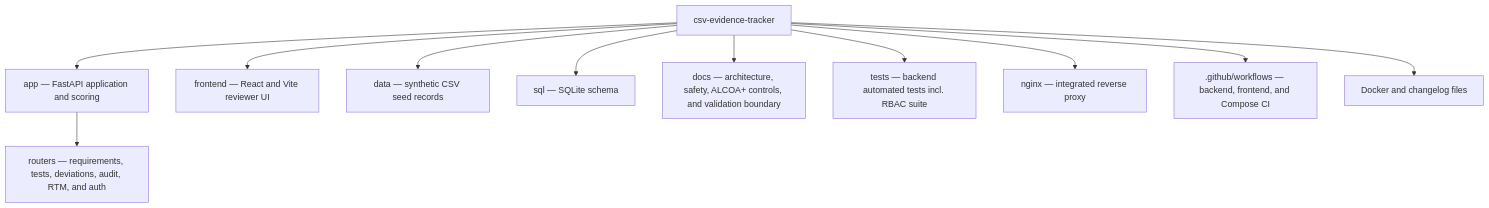
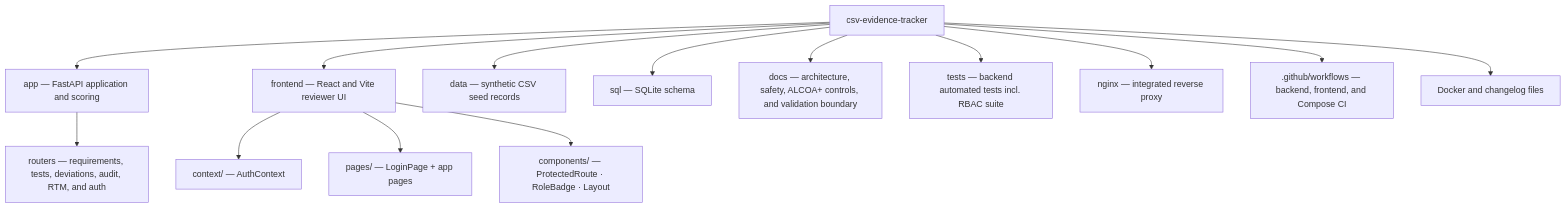
The third of 3 diagrams in README.md (alianisreyesr/csv-evidence-tracker), drawn with Mermaid before and after one commit. The commit also changed other lines of this file, not shown here.

First line of the commit message:
docs(readme): bump to v1.2.0 — frontend auth integration section

````diff
--- a/README.md
+++ b/README.md
@@ -198,14 +231,17 @@
 ```mermaid
 flowchart TB
   R["csv-evidence-tracker"]
   R --> A["app — FastAPI application and scoring"]
   A --> AR["routers — requirements, tests, deviations, audit, RTM, and auth"]
   R --> F["frontend — React and Vite reviewer UI"]
+  F --> FC["context/ — AuthContext"]
+  F --> FP["pages/ — LoginPage + app pages"]
+  F --> FM["components/ — ProtectedRoute · RoleBadge · Layout"]
   R --> D["data — synthetic CSV seed records"]
   R --> S["sql — SQLite schema"]
   R --> O["docs — architecture, safety, ALCOA+ controls, and validation boundary"]
   R --> T["tests — backend automated tests incl. RBAC suite"]
   R --> N["nginx — integrated reverse proxy"]
   R --> G[".github/workflows — backend, frontend, and Compose CI"]
   R --> P["Docker and changelog files"]
 ```
````
